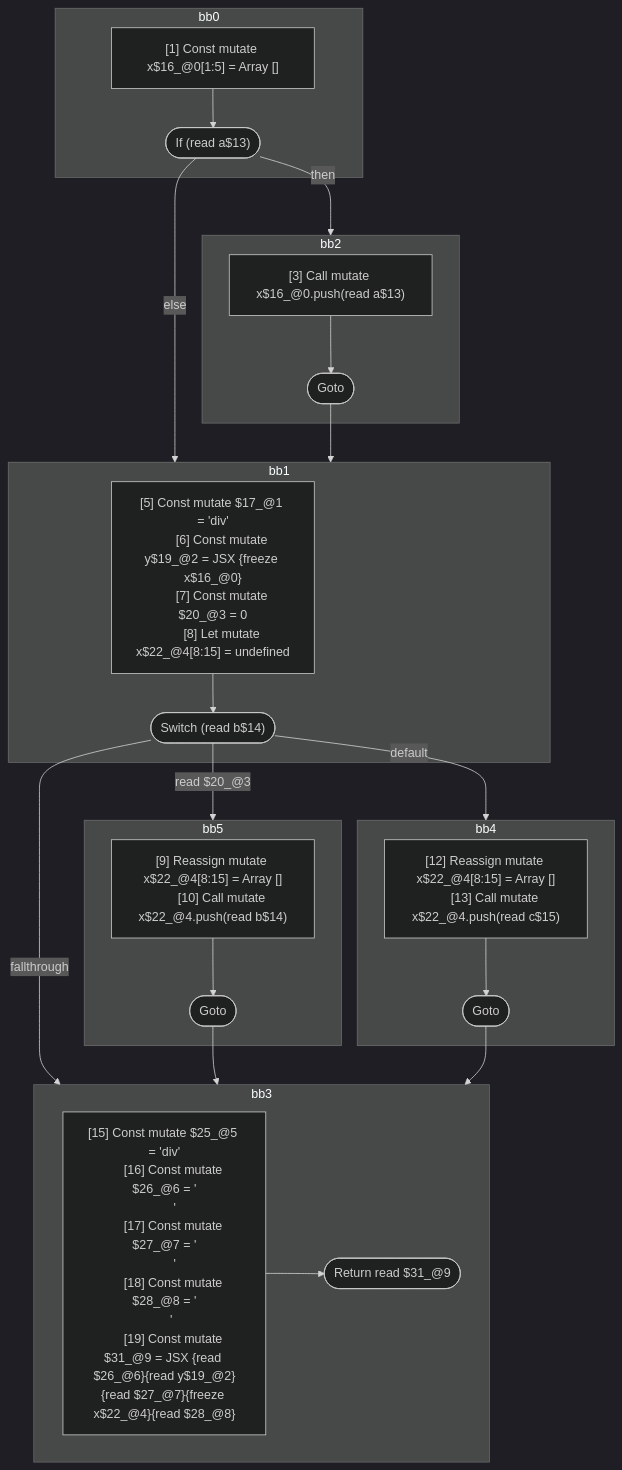
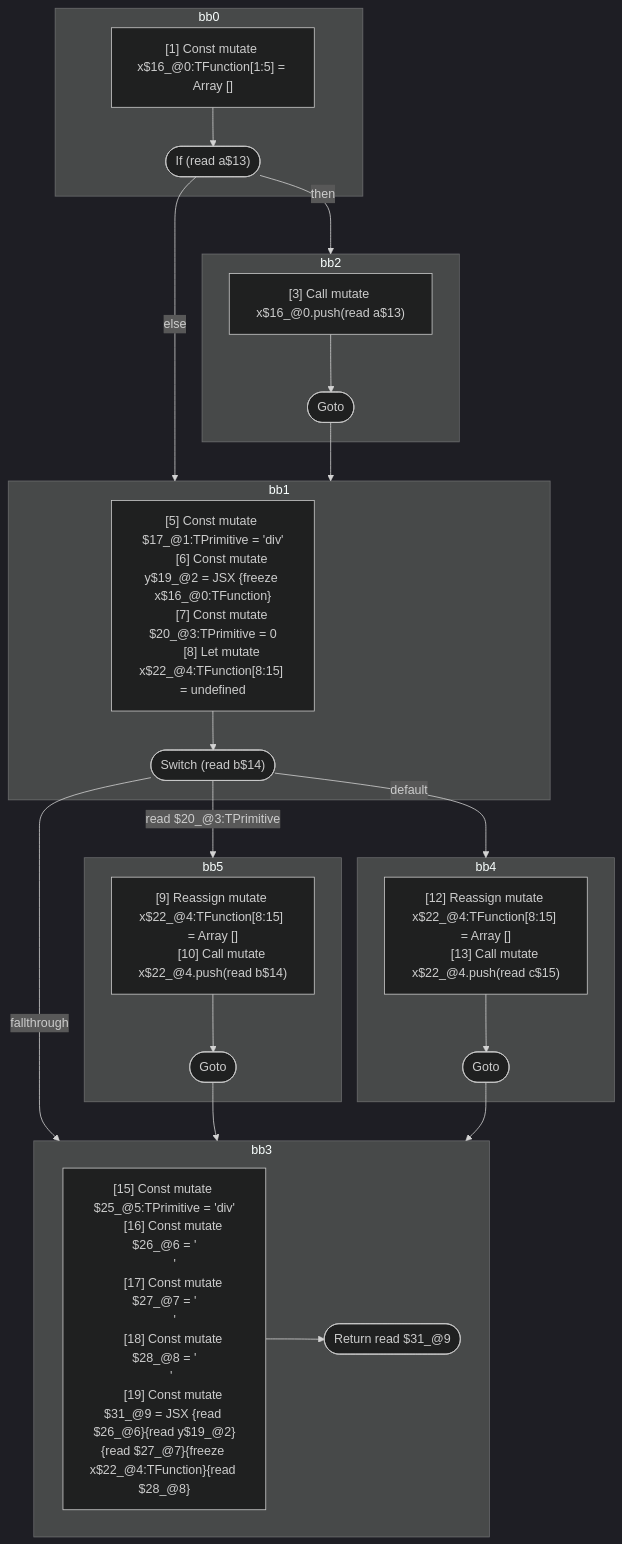
One commit to wutsmog/private changed the diagram in compiler/forget/src/__tests__/fixtures/hir/reassignment-separate-scopes.expect.md. Above: the diagram before and after it, drawn with Mermaid (dark theme). The commit also changed other lines of this file and 112 other files, not shown here.

````diff
--- a/compiler/forget/src/__tests__/fixtures/hir/reassignment-separate-scopes.expect.md
+++ b/compiler/forget/src/__tests__/fixtures/hir/reassignment-separate-scopes.expect.md
@@ -137,60 +137,60 @@
 ```mermaid
 flowchart TB
   %% Basic Blocks
   subgraph bb0
     bb0_instrs["
-      [1] Const mutate x$16_@0[1:5] = Array []
+      [1] Const mutate x$16_@0:TFunction[1:5] = Array []
     "]
     bb0_instrs --> bb0_terminal(["If (read a$13)"])
   end
   subgraph bb2
     bb2_instrs["
       [3] Call mutate x$16_@0.push(read a$13)
     "]
     bb2_instrs --> bb2_terminal(["Goto"])
   end
   subgraph bb1
     bb1_instrs["
-      [5] Const mutate $17_@1 = 'div'
-      [6] Const mutate y$19_@2 = JSX <read $17_@1>{freeze x$16_@0}</read $17_@1>
-      [7] Const mutate $20_@3 = 0
-      [8] Let mutate x$22_@4[8:15] = undefined
+      [5] Const mutate $17_@1:TPrimitive = 'div'
+      [6] Const mutate y$19_@2 = JSX <read $17_@1:TPrimitive>{freeze x$16_@0:TFunction}</read $17_@1:TPrimitive>
+      [7] Const mutate $20_@3:TPrimitive = 0
+      [8] Let mutate x$22_@4:TFunction[8:15] = undefined
     "]
     bb1_instrs --> bb1_terminal(["Switch (read b$14)"])
   end
   subgraph bb5
     bb5_instrs["
-      [9] Reassign mutate x$22_@4[8:15] = Array []
+      [9] Reassign mutate x$22_@4:TFunction[8:15] = Array []
       [10] Call mutate x$22_@4.push(read b$14)
     "]
     bb5_instrs --> bb5_terminal(["Goto"])
   end
   subgraph bb4
     bb4_instrs["
-      [12] Reassign mutate x$22_@4[8:15] = Array []
+      [12] Reassign mutate x$22_@4:TFunction[8:15] = Array []
       [13] Call mutate x$22_@4.push(read c$15)
     "]
     bb4_instrs --> bb4_terminal(["Goto"])
   end
   subgraph bb3
     bb3_instrs["
-      [15] Const mutate $25_@5 = 'div'
+      [15] Const mutate $25_@5:TPrimitive = 'div'
       [16] Const mutate $26_@6 = '\n      '
       [17] Const mutate $27_@7 = '\n      '
       [18] Const mutate $28_@8 = '\n    '
-      [19] Const mutate $31_@9 = JSX <read $25_@5>{read $26_@6}{read y$19_@2}{read $27_@7}{freeze x$22_@4}{read $28_@8}</read $25_@5>
+      [19] Const mutate $31_@9 = JSX <read $25_@5:TPrimitive>{read $26_@6}{read y$19_@2}{read $27_@7}{freeze x$22_@4:TFunction}{read $28_@8}</read $25_@5:TPrimitive>
     "]
     bb3_instrs --> bb3_terminal(["Return read $31_@9"])
   end
 
   %% Jumps
   bb0_terminal -- "then" --> bb2
   bb0_terminal -- "else" --> bb1
   bb2_terminal --> bb1
-  bb1_terminal -- "read $20_@3" --> bb5
+  bb1_terminal -- "read $20_@3:TPrimitive" --> bb5
   bb1_terminal -- "default" --> bb4
   bb1_terminal -- "fallthrough" --> bb3
   bb5_terminal --> bb3
   bb4_terminal --> bb3
 
 ```
````
